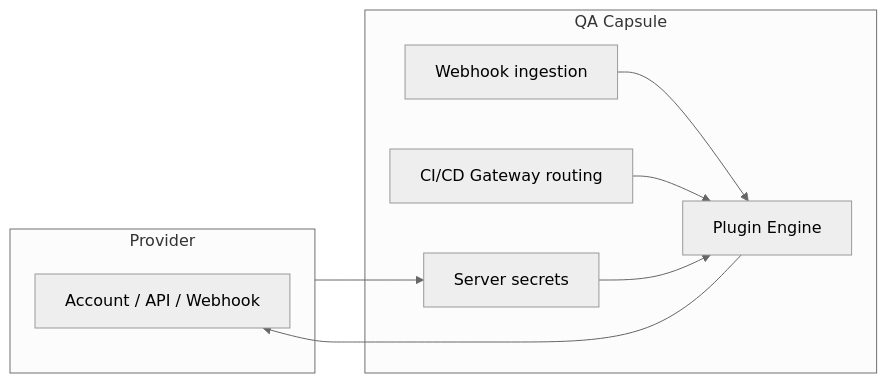
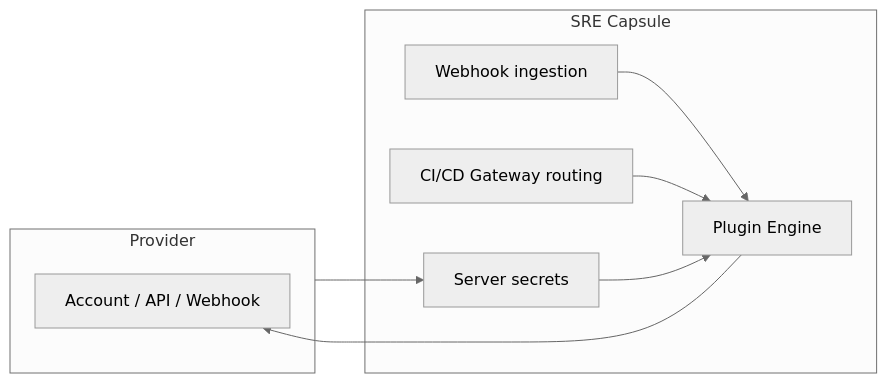
The first of 2 diagrams in docs/plugins/configuration-guide.md (Ashraf-Khabar/qa-capsule), drawn with Mermaid (neutral theme) before and after one commit. The commit also changed other lines of this file and 180 other files, not shown here.

First line of the commit message:
Refactor codebase to transition from QA Capsule to SRE Capsule

````diff
--- a/docs/plugins/configuration-guide.md
+++ b/docs/plugins/configuration-guide.md
@@ -19,17 +19,17 @@
 ```mermaid
 flowchart LR
   subgraph provider [Provider]
     API[Account / API / Webhook]
   end
-  subgraph qac [QA Capsule]
+  subgraph srec [SRE Capsule]
     ENV[Server secrets]
     PE[Plugin Engine]
     GW[CI/CD Gateway routing]
     WH[Webhook ingestion]
   end
   WH --> PE
   PE --> API
   GW --> PE
   ENV --> PE
   provider --> ENV
 ```
````
